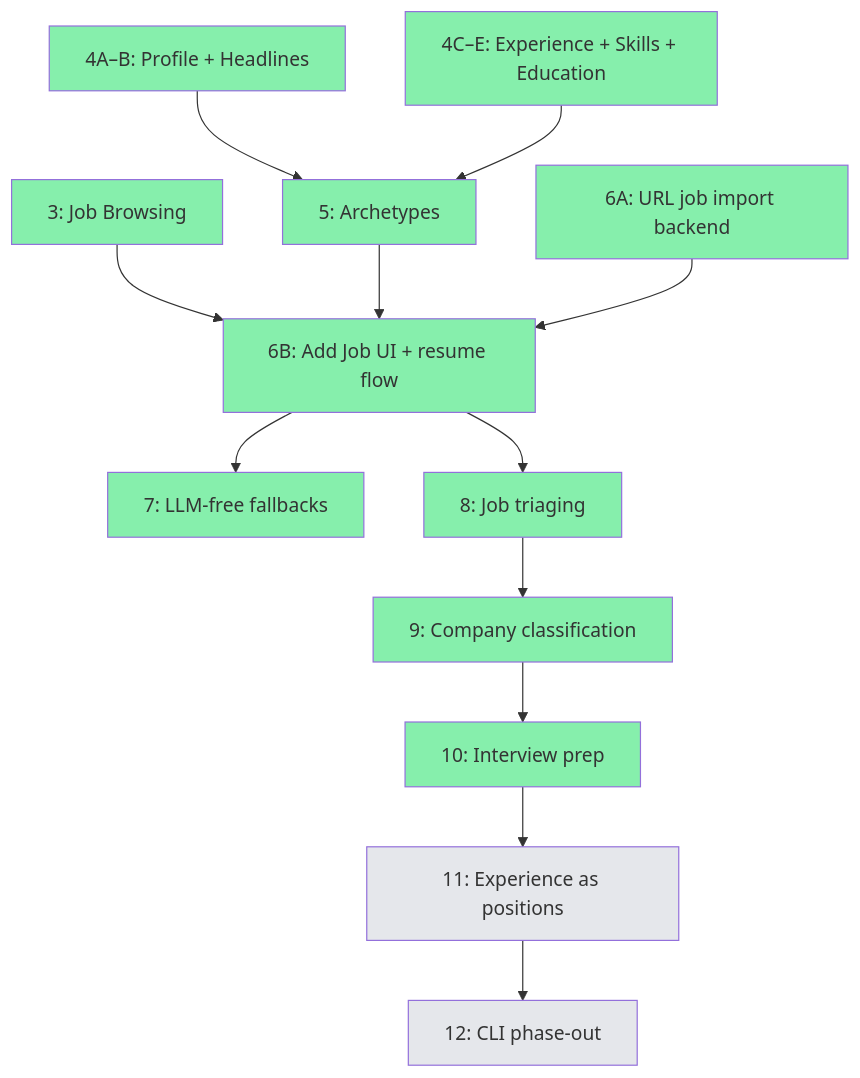
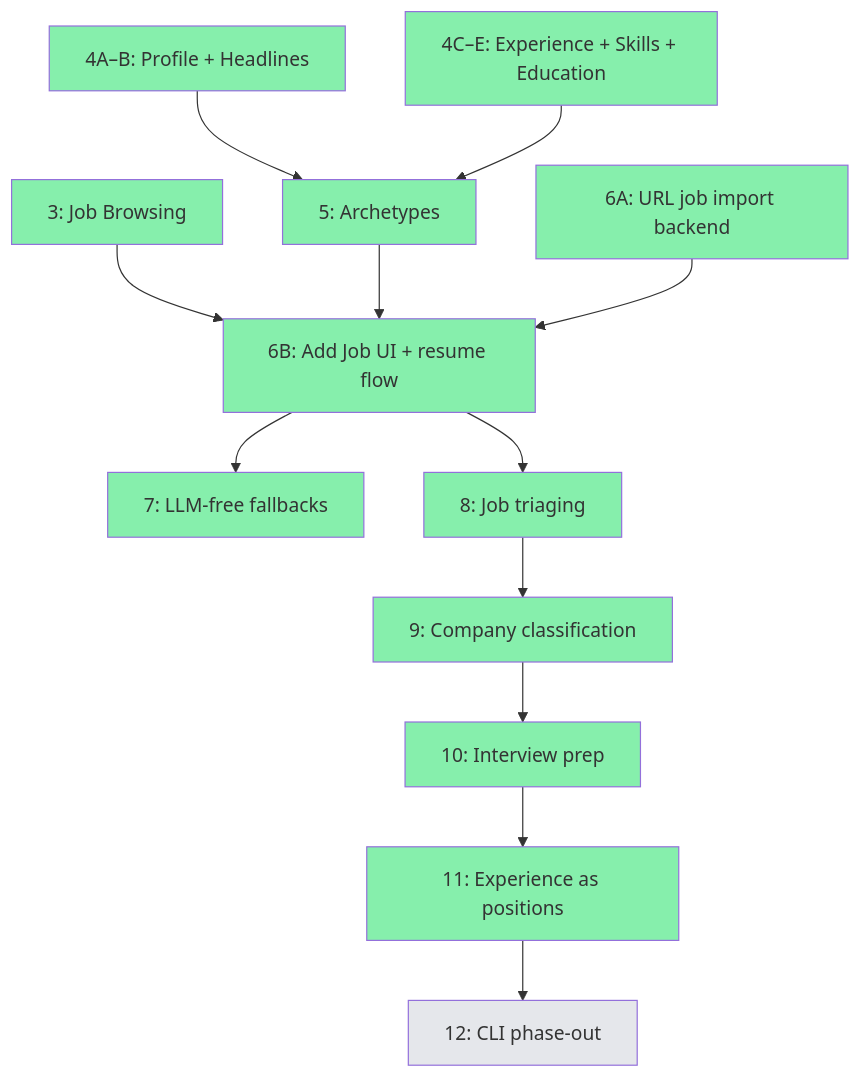
One commit to bluebird-labs/TailoredIn changed the diagram in GOALS.md. Above: the diagram before and after it, drawn with Mermaid.

Commit message:
docs: mark M11 complete

````diff
--- a/GOALS.md
+++ b/GOALS.md
@@ -74,27 +74,27 @@
 ```mermaid
 graph TD
     M3["3: Job Browsing"] --> M6B["6B: Add Job UI + resume flow"]
     M4AB["4A–B: Profile + Headlines"] --> M5["5: Archetypes"]
     M4CDE["4C–E: Experience + Skills + Education"] --> M5
     M5 --> M6B
     M6A["6A: URL job import backend"] --> M6B
     M6B --> M7["7: LLM-free fallbacks"]
     M6B --> M8["8: Job triaging"]
     M8 --> M9["9: Company classification"]
     M9 --> M10["10: Interview prep"]
     M10 --> M11["11: Experience as positions"]
     M11 --> M12["12: CLI phase-out"]
 
     style M3 fill:#86efac
     style M4AB fill:#86efac
     style M4CDE fill:#86efac
     style M5 fill:#86efac
     style M6A fill:#86efac
     style M6B fill:#86efac
     style M7 fill:#86efac
     style M8 fill:#86efac
     style M9 fill:#86efac
     style M10 fill:#86efac
-    style M11 fill:#e5e7eb
+    style M11 fill:#86efac
     style M12 fill:#e5e7eb
 ```
````
